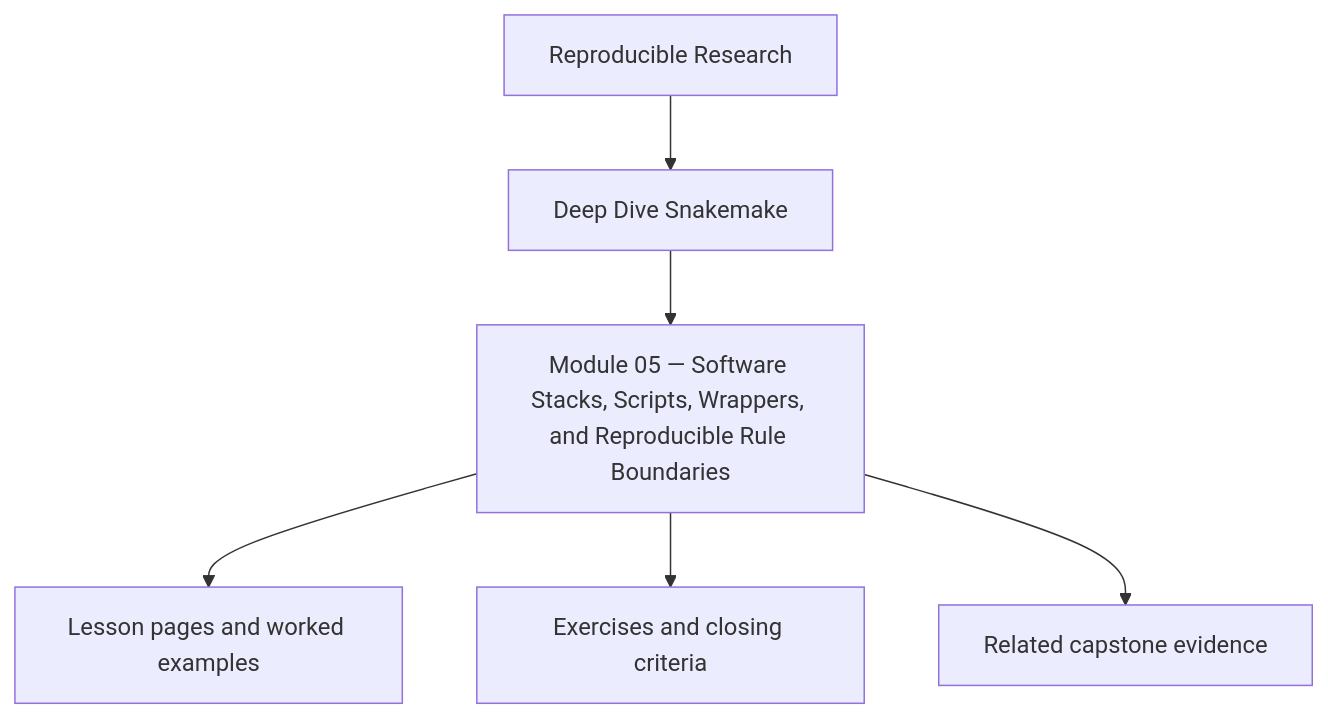
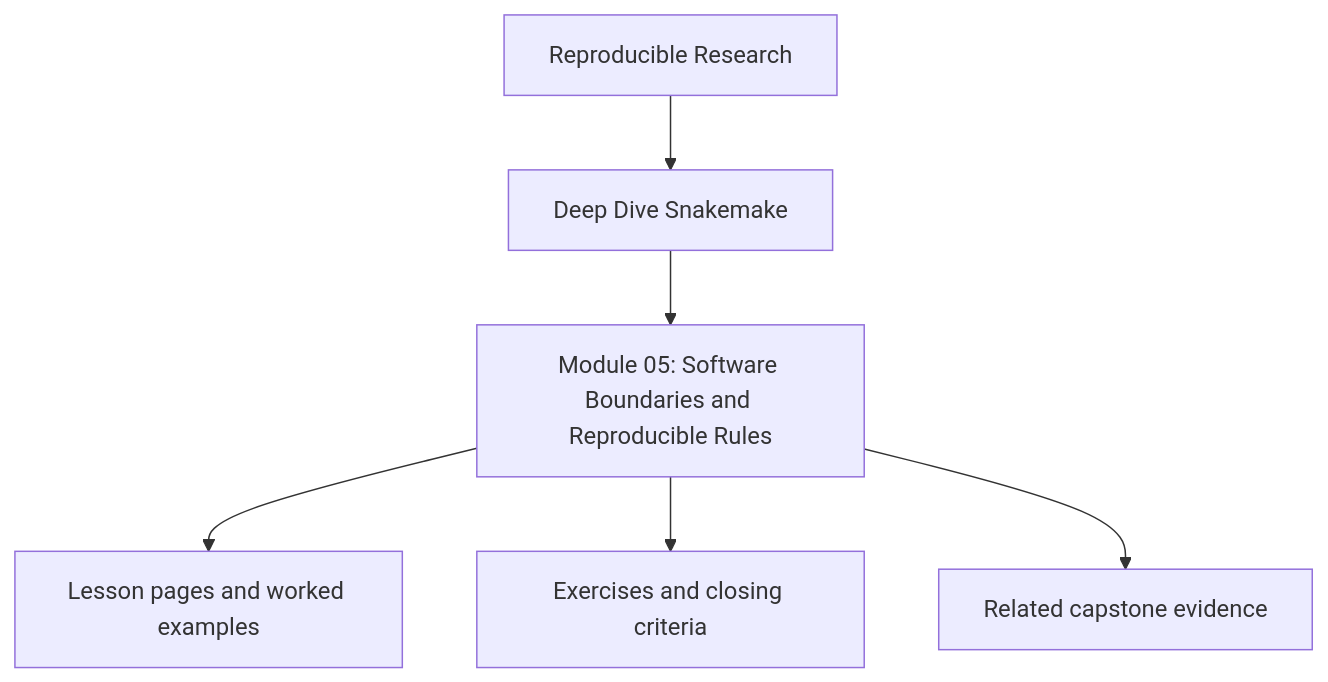
One commit to bijux/bijux-masterclass changed the first of 2 diagrams in programs/reproducible-research/deep-dive-snakemake/course-book/module-05-software-boundaries-and-reproducible-rules/index.md. Above: the diagram before and after it, drawn with Mermaid. The commit also changed other lines of this file and 241 other files, not shown here.

````diff
--- a/programs/reproducible-research/deep-dive-snakemake/course-book/module-05-software-boundaries-and-reproducible-rules/index.md
+++ b/programs/reproducible-research/deep-dive-snakemake/course-book/module-05-software-boundaries-and-reproducible-rules/index.md
@@ -9,8 +9,8 @@
 ```mermaid
 flowchart TD
   family["Reproducible Research"] --> program["Deep Dive Snakemake"]
-  program --> module["Module 05 — Software Stacks, Scripts, Wrappers, and Reproducible Rule Boundaries"]
+  program --> module["Module 05: Software Boundaries and Reproducible Rules"]
   module --> lessons["Lesson pages and worked examples"]
   module --> checkpoints["Exercises and closing criteria"]
   module --> capstone["Related capstone evidence"]
 ```
````
